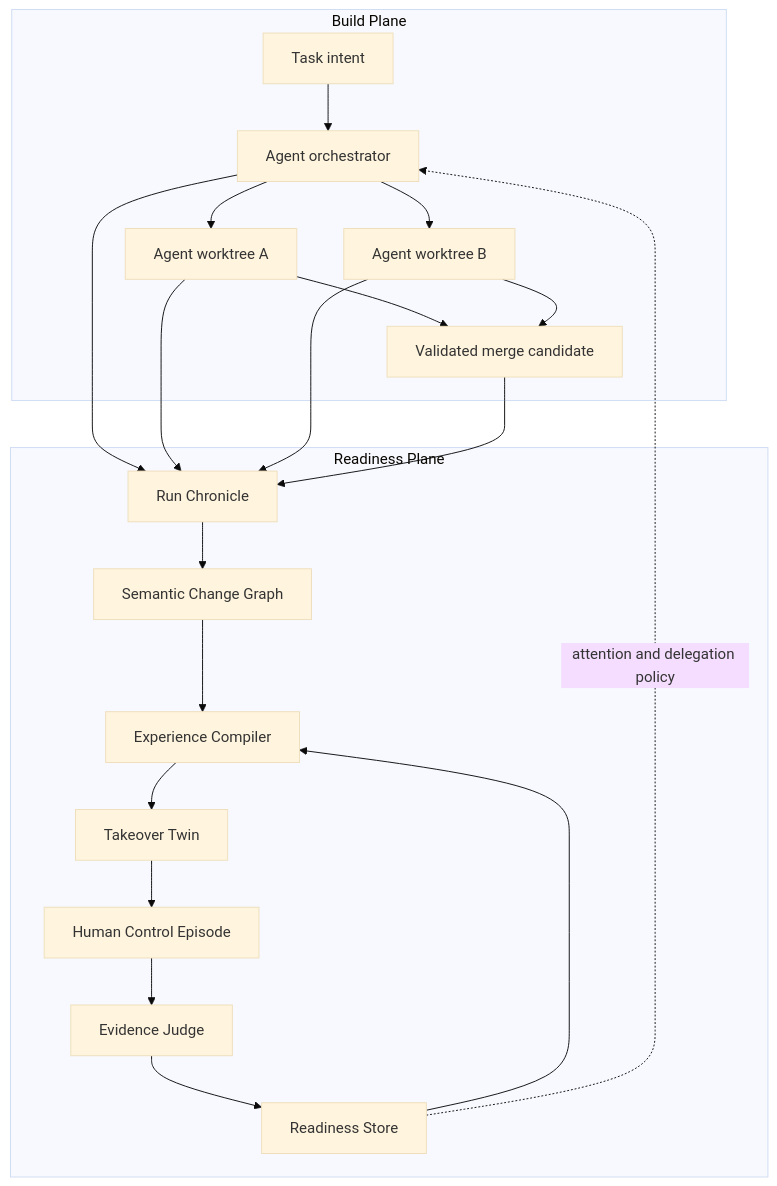
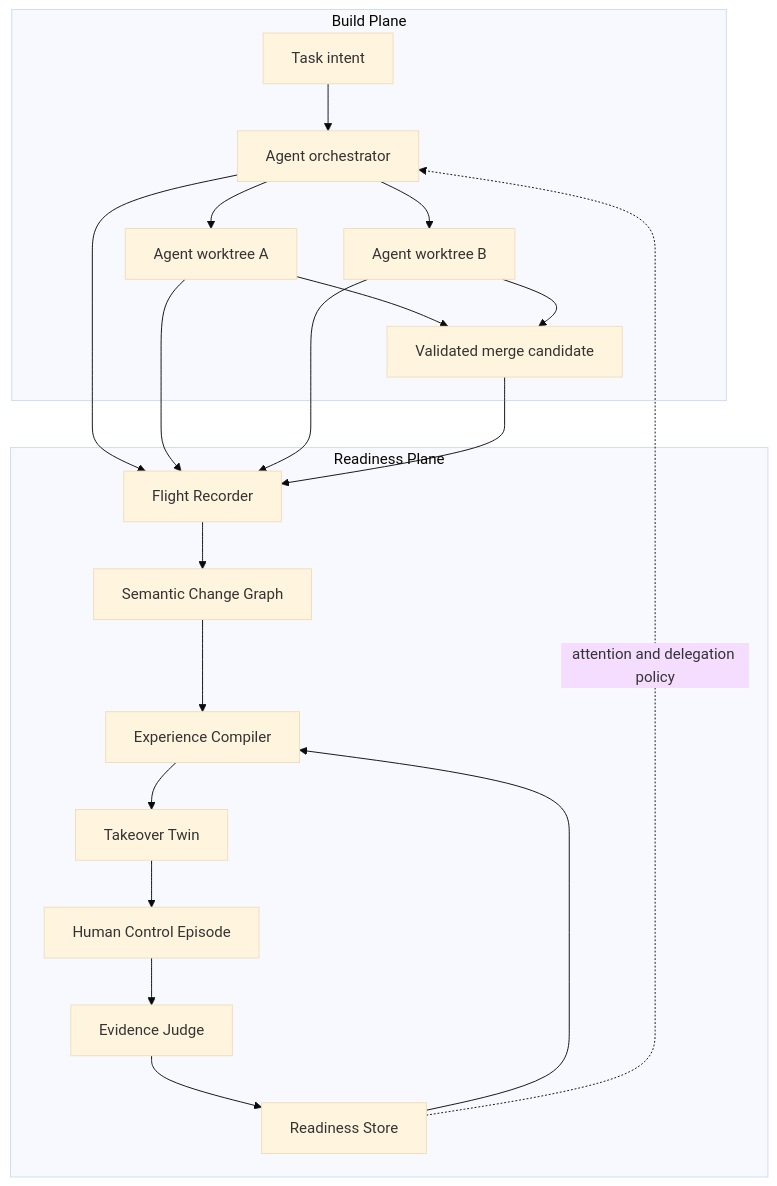
Before and after one commit to yava-code/PureFlow: the diagram in docs/v0.3/ADR-001-DUAL-CONTROL.md, drawn with Mermaid (base theme). The commit also changed other lines of this file and 11 other files, not shown here.

Commit message:
docs: name flight recorder and select live adapter

````diff
--- a/docs/v0.3/ADR-001-DUAL-CONTROL.md
+++ b/docs/v0.3/ADR-001-DUAL-CONTROL.md
@@ -42,26 +42,26 @@
 ```mermaid
 flowchart TB
     subgraph BP["Build Plane"]
         U["Task intent"] --> O["Agent orchestrator"]
         O --> W1["Agent worktree A"]
         O --> W2["Agent worktree B"]
         W1 --> M["Validated merge candidate"]
         W2 --> M
     end
 
     subgraph RP["Readiness Plane"]
-        C["Run Chronicle"] --> G["Semantic Change Graph"]
+        C["Flight Recorder"] --> G["Semantic Change Graph"]
         G --> X["Experience Compiler"]
         R["Readiness Store"] --> X
         X --> T["Takeover Twin"]
         T --> H["Human Control Episode"]
         H --> J["Evidence Judge"]
         J --> R
     end
 
     O --> C
     W1 --> C
     W2 --> C
     M --> C
     R -. "attention and delegation policy" .-> O
 ```
````
